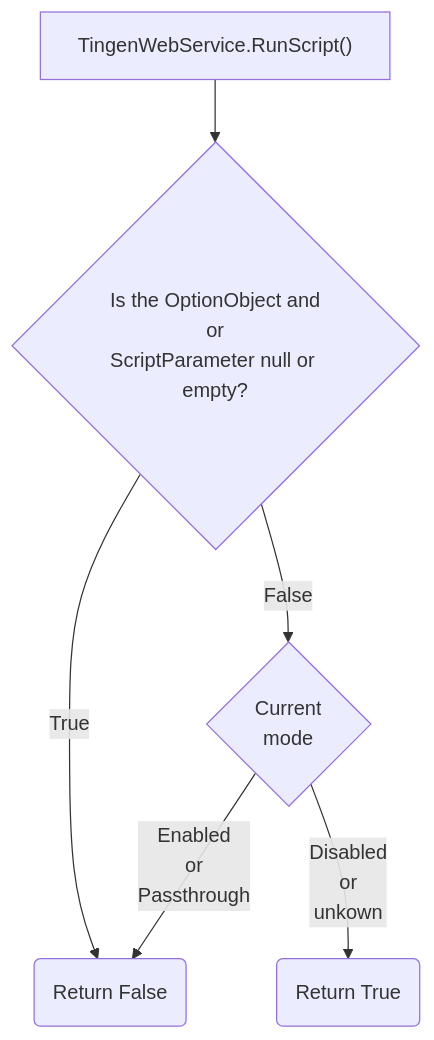
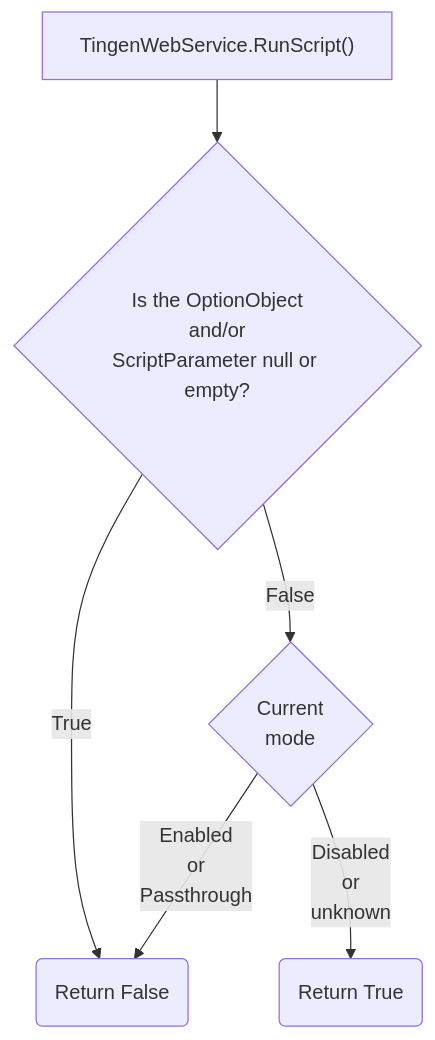
The first of 2 diagrams in static/workflow/tngnwsvc-asmx.md (spectrum-health-systems/tingen-documentation), drawn with Mermaid before and after one commit.

````diff
--- a/static/workflow/tngnwsvc-asmx.md
+++ b/static/workflow/tngnwsvc-asmx.md
@@ -5,16 +5,16 @@
 ```mermaid
 flowchart TB
     %% Components
     RunScript@{shape: rect, label: "TingenWebService.RunScript()"}
-    MissingData@{shape: diam, label: "Is the OptionObject and<br>or\nScriptParameter null or empty?"}
+    MissingData@{shape: diam, label: "Is the OptionObject\nand/or\nScriptParameter null or empty?"}
     CurrentMode@{shape: diam, label: "Current\nmode"}
     ReturnTrue@{shape: rounded, label: "Return True"}
     ReturnFalse@{shape: rounded, label: "Return False"}
     %% Layout
     RunScript --> MissingData
     MissingData --True--> ReturnFalse
     MissingData --False--> CurrentMode
     CurrentMode --Enabled<br>or<br>Passthrough--> ReturnFalse
-    CurrentMode --Disabled\nor\nunkown--> ReturnTrue
+    CurrentMode --Disabled<br>or<br>unknown--> ReturnTrue
     %% Styles
 ```
````
